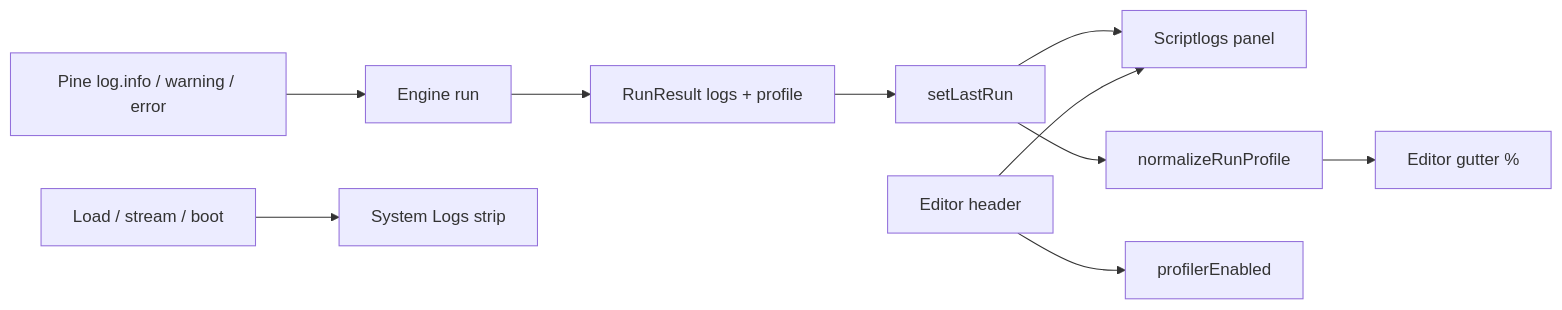
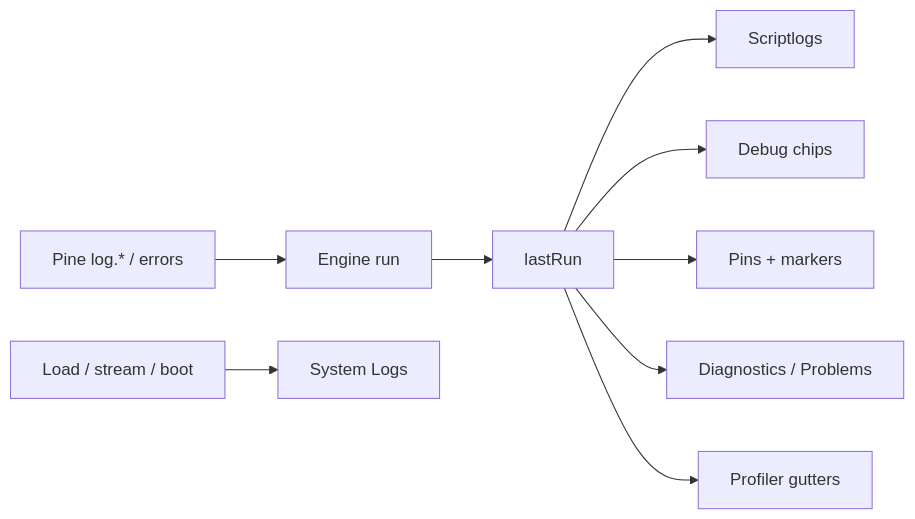
Before and after one commit to hoox-sh/axis: the diagram in docs/ui/debugging.mdx, drawn with Mermaid. The commit also changed other lines of this file and 15 other files, not shown here.

````diff
--- a/docs/ui/debugging.mdx
+++ b/docs/ui/debugging.mdx
@@ -48,12 +54,11 @@
 ```mermaid
 flowchart LR
-  PIN[Pine log.info / warning / error] --> ENG[Engine run]
-  ENG --> RR[RunResult logs + profile]
-  RR --> LR[setLastRun]
-  LR --> PL[Scriptlogs panel]
-  LR --> PR[normalizeRunProfile]
-  PR --> GUT[Editor gutter %]
-  APP[Load / stream / boot] --> SL[System Logs strip]
-  ED[Editor header] --> PL
-  ED --> PRF[profilerEnabled]
+  PIN[Pine log.* / errors] --> ENG[Engine run]
+  ENG --> RR[lastRun]
+  RR --> SL[Scriptlogs]
+  RR --> DBG[Debug chips]
+  RR --> PINZ[Pins + markers]
+  RR --> DIAG[Diagnostics / Problems]
+  RR --> PR[Profiler gutters]
+  APP[Load / stream / boot] --> SYS[System Logs]
 ```
````
